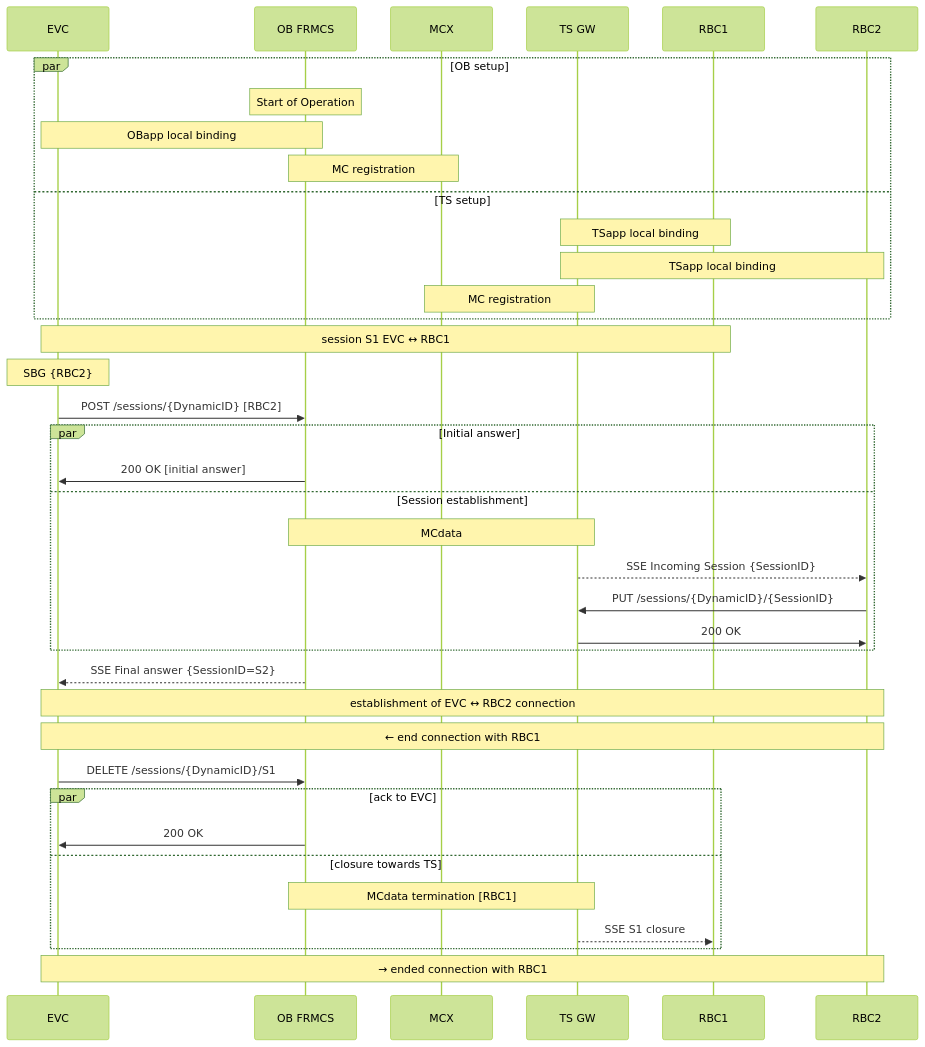
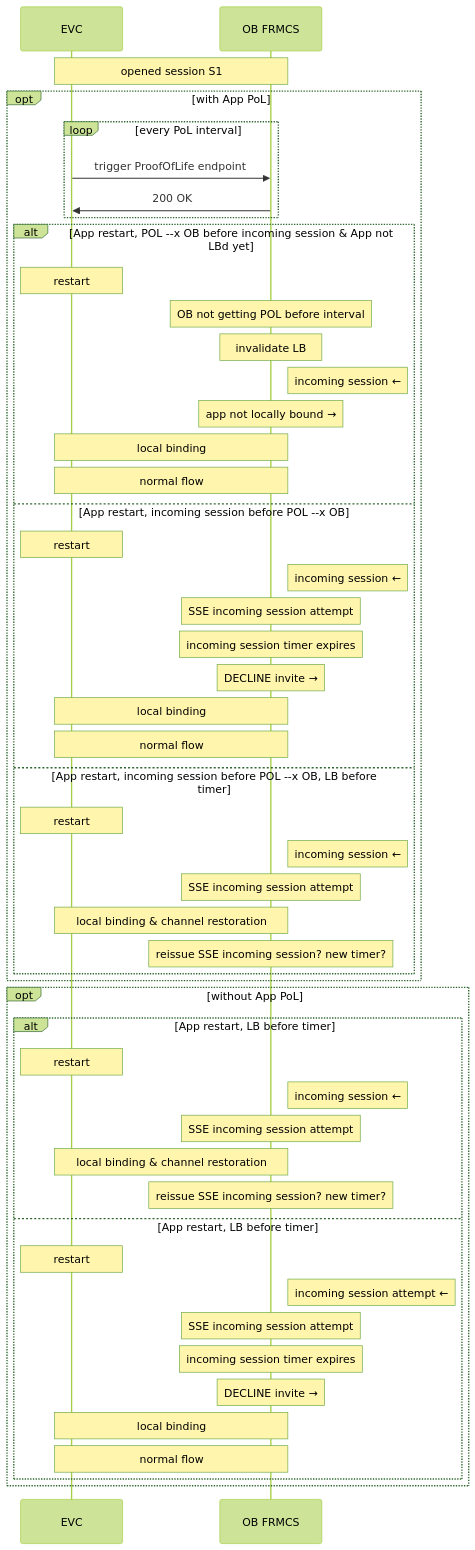
One commit to UICrail/FRMCSSandbox changed the ninth of 9 diagrams in API/KeepAlive.md. Above: the diagram before and after it, drawn with Mermaid (forest theme).

Commit message:
KeepAlive.md - APPr.c

````diff
--- a/API/KeepAlive.md
+++ b/API/KeepAlive.md
@@ -301,48 +301,58 @@
 ```mermaid
 
 sequenceDiagram
 participant A as EVC
 participant O as OB FRMCS
-participant M as MCX
-participant T as TS GW
-participant B1 as RBC1
-participant B2 as RBC2
 
-par OB setup
-	Note over O: Start of Operation 
-	Note over A,O: OBapp local binding
-	Note over O,M:	MC registration
-and TS setup
-	Note over B1,T: TSapp local binding
-	Note over B2,T: TSapp local binding
-	Note over T,M:	MC registration
+Note over A,O:  opened session S1
+
+opt with App PoL
+  loop every PoL interval
+    A->> O: trigger ProofOfLife endpoint
+    O->>A: 200 OK
+  end
+
+  alt App restart, POL --x OB before incoming session & App not LBd yet
+    Note over A:  restart
+    Note over O:  OB not getting POL before interval
+    Note over O:  invalidate LB
+    Note right of O: incoming session ←
+    Note over O: app not locally bound →
+    Note over A,O:  local binding
+    Note over A,O:  normal flow
+  else App restart, incoming session before POL --x OB 
+    Note over A: restart
+    Note right of O: incoming session ←
+    Note over O: SSE incoming session attempt
+    Note over O: incoming session timer expires
+    Note over O: DECLINE invite →
+    Note over A,O:  local binding
+    Note over A,O:  normal flow
+  else App restart, incoming session before POL --x OB, LB before timer
+    Note over A: restart
+    Note right of O: incoming session ←
+    Note over O: SSE incoming session attempt
+    Note over A,O:  local binding & channel restoration
+    Note over O: reissue SSE incoming session? new timer?
+  end
 end
 
-% existing session with B1
-Note over A,B1: session S1 EVC ↔ RBC1
-
-% establishment of session to B2
-Note over A:	SBG {RBC2}
-
-A->>O:	POST /sessions/{DynamicID} [RBC2]
-par Initial answer
-	O->>A:	200 OK [initial answer]
-and Session establishment
-	Note over O,T: MCdata
-	T-->>B2:	SSE Incoming Session {SessionID}
-	B2->>T:	PUT /sessions/{DynamicID}/{SessionID}
-	T->>B2: 200 OK
+opt without App PoL
+  alt App restart, LB before timer
+    Note over A: restart
+    Note right of O: incoming session ←
+    Note over O: SSE incoming session attempt
+    Note over A,O:  local binding & channel restoration
+    Note over O: reissue SSE incoming session? new timer?
+  else App restart, LB before timer
+   Note over A: restart
+   Note right of O: incoming session attempt ←
+   Note over O: SSE incoming session attempt
+   Note over O: incoming session timer expires
+   Note over O: DECLINE invite →
+   Note over A,O:  local binding
+   Note over A,O:  normal flow 
+  end
 end
-O-->>A:	SSE Final answer {SessionID=S2}	
-Note over A,B2: establishment of EVC ↔ RBC2 connection
-Note over A,B2: ← end connection with RBC1
-A->>O:	DELETE /sessions/{DynamicID}/S1
-par ack to EVC
-	O->>A:	200 OK
-and closure towards TS
-	Note over O,T:	MCdata termination [RBC1]
-	T-->>B1: SSE S1 closure
-end
-Note over A,B2: → ended connection with RBC1
 
 ```
````
